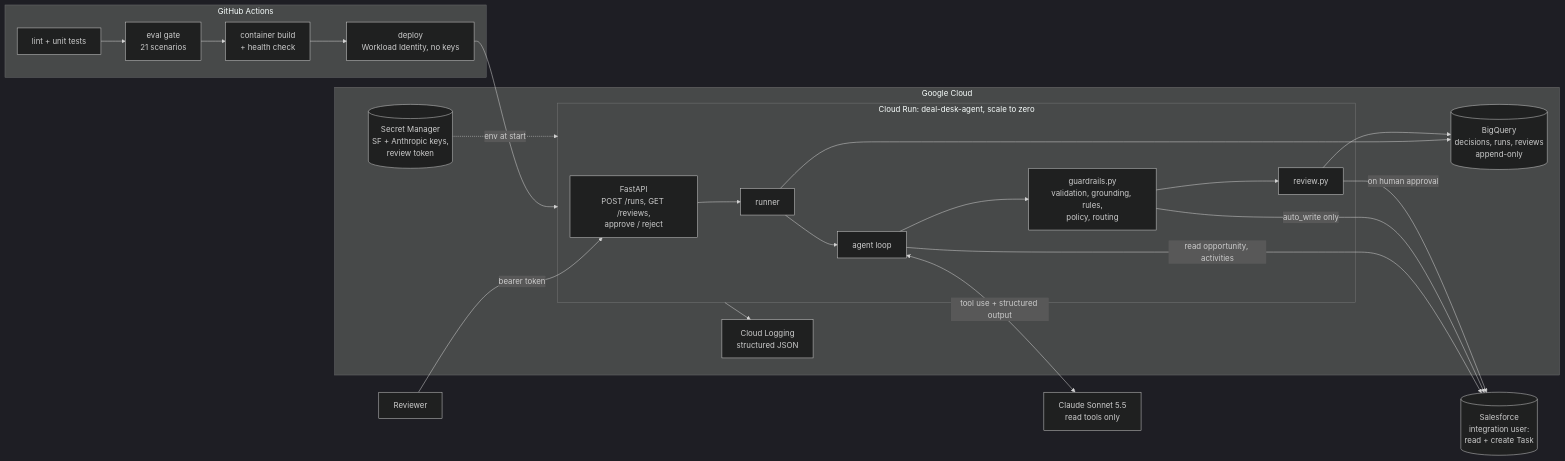
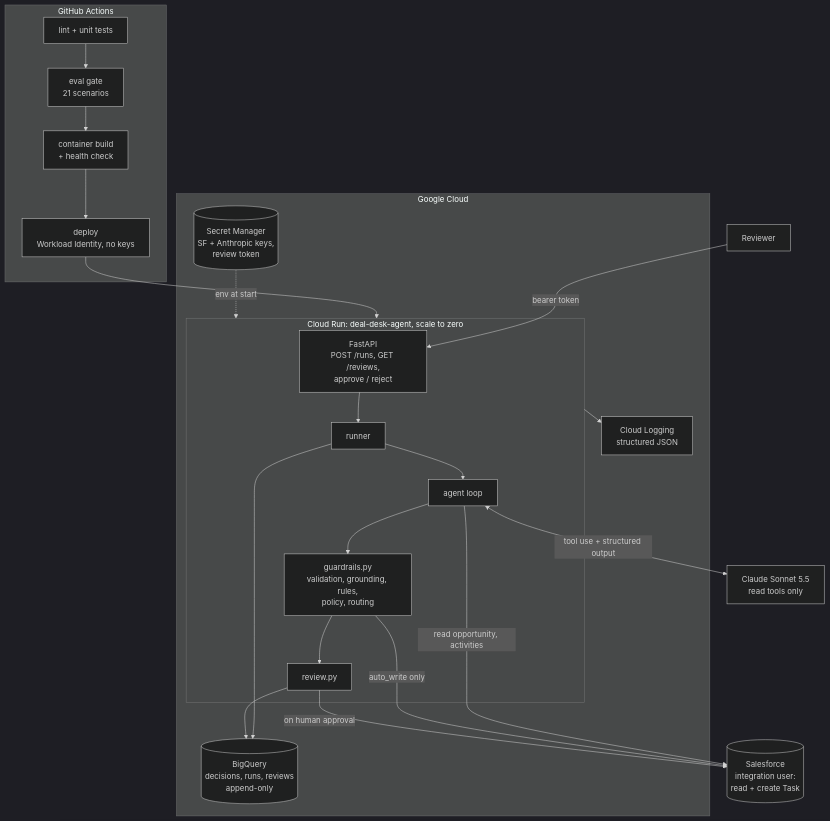
Before and after one commit to drPolPat/deal-desk-agent: the diagram in README.md, drawn with Mermaid (dark theme). The commit also changed 1 other file, not shown here.

Commit message:
README diagram top-to-bottom; skip CI for docs-only pushes

````diff
--- a/README.md
+++ b/README.md
@@ -68,32 +68,32 @@
 ```mermaid
-flowchart LR
+flowchart TB
     subgraph GH[GitHub Actions]
         CI[lint + unit tests] --> EV[eval gate<br/>21 scenarios] --> IMG[container build<br/>+ health check] --> DEP[deploy<br/>Workload Identity, no keys]
     end
 
     subgraph GCP[Google Cloud]
         SM[(Secret Manager<br/>SF + Anthropic keys,<br/>review token)]
         subgraph CR[Cloud Run: deal-desk-agent, scale to zero]
             API[FastAPI<br/>POST /runs, GET /reviews,<br/>approve / reject] --> RUN[runner]
             RUN --> AG[agent loop]
             AG --> G[guardrails.py<br/>validation, grounding, rules,<br/>policy, routing]
             G --> RQ[review.py]
         end
         BQ[(BigQuery<br/>decisions, runs, reviews<br/>append-only)]
         LOG[Cloud Logging<br/>structured JSON]
     end
 
     CLAUDE[Claude Sonnet 5.5<br/>read tools only]
     SF[(Salesforce<br/>integration user:<br/>read + create Task)]
 
     DEP --> CR
     SM -. env at start .-> CR
     AG <-->|tool use + structured output| CLAUDE
     AG -->|read opportunity, activities| SF
     G -->|auto_write only| SF
     RQ -->|on human approval| SF
     RUN --> BQ
     RQ --> BQ
     CR --> LOG
     REV[Reviewer] -->|bearer token| API
 ```
````
